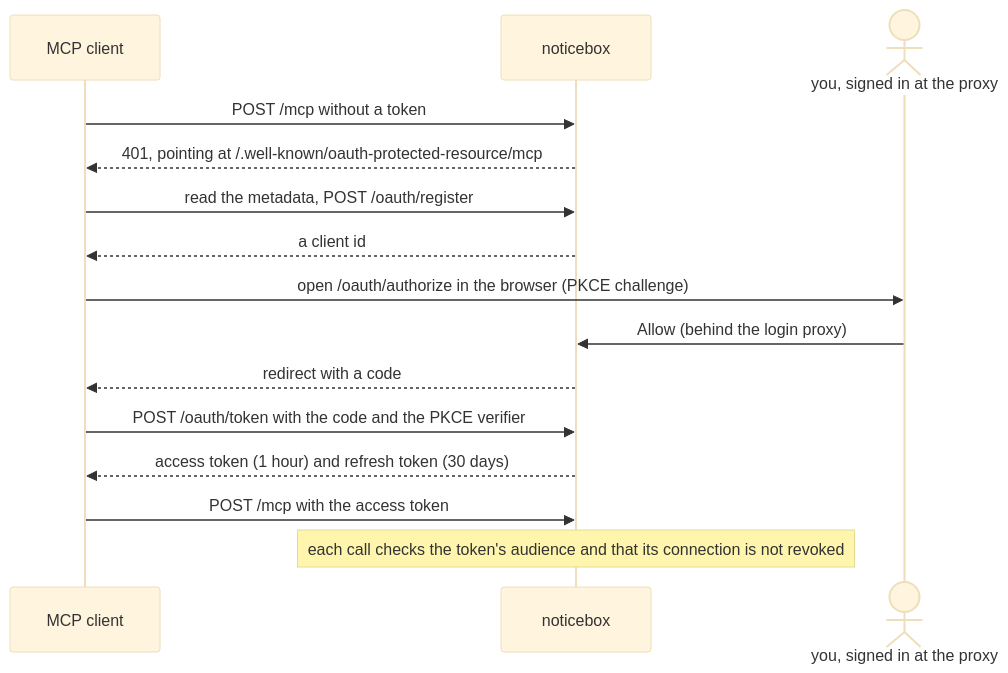
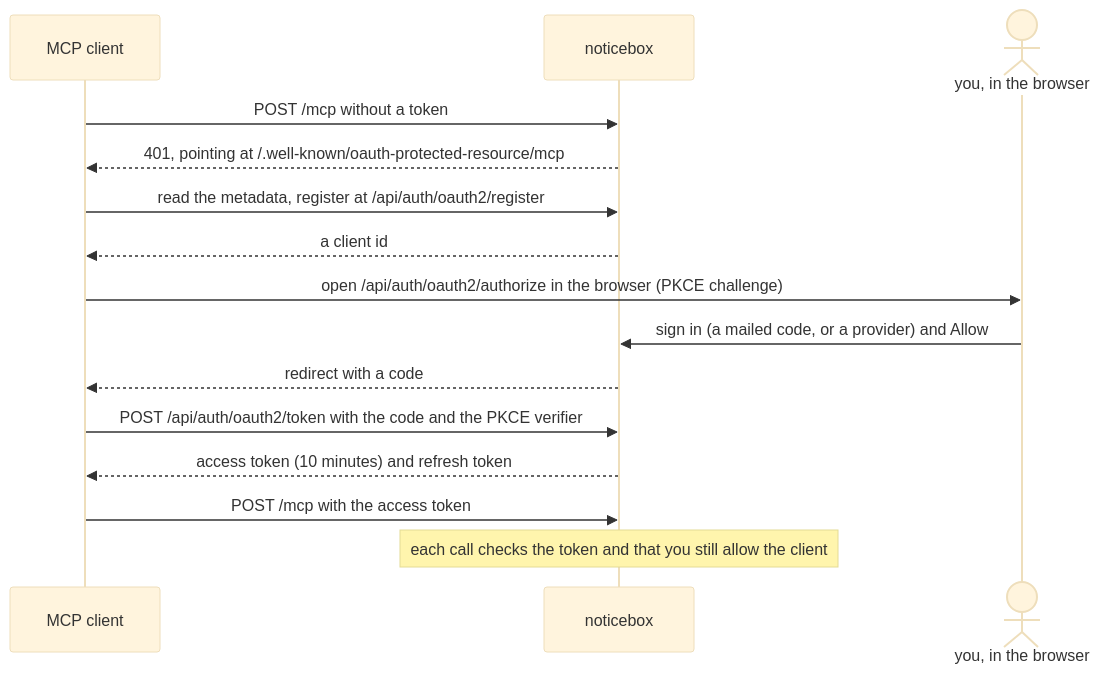
Before and after one commit to noticebox/noticebox: the diagram in docs/integrations/mcp.md, drawn with Mermaid (base theme). The commit also changed other lines of this file and 70 other files, not shown here.

First line of the commit message:
NOTICEBOX #28: Sign in with Better Auth; noticebox 0.17.0 (#95)

````diff
--- a/docs/integrations/mcp.md
+++ b/docs/integrations/mcp.md
@@ -42,17 +42,17 @@
 ```mermaid
 sequenceDiagram
   participant C as MCP client
   participant NB as noticebox
-  actor P as you, signed in at the proxy
+  actor P as you, in the browser
   C->>NB: POST /mcp without a token
   NB-->>C: 401, pointing at /.well-known/oauth-protected-resource/mcp
-  C->>NB: read the metadata, POST /oauth/register
+  C->>NB: read the metadata, register at /api/auth/oauth2/register
   NB-->>C: a client id
-  C->>P: open /oauth/authorize in the browser (PKCE challenge)
-  P->>NB: Allow (behind the login proxy)
+  C->>P: open /api/auth/oauth2/authorize in the browser (PKCE challenge)
+  P->>NB: sign in (a mailed code, or a provider) and Allow
   NB-->>C: redirect with a code
-  C->>NB: POST /oauth/token with the code and the PKCE verifier
-  NB-->>C: access token (1 hour) and refresh token (30 days)
+  C->>NB: POST /api/auth/oauth2/token with the code and the PKCE verifier
+  NB-->>C: access token (10 minutes) and refresh token
   C->>NB: POST /mcp with the access token
-  Note over NB: each call checks the token's audience and that its connection is not revoked
+  Note over NB: each call checks the token and that you still allow the client
 ```
````
